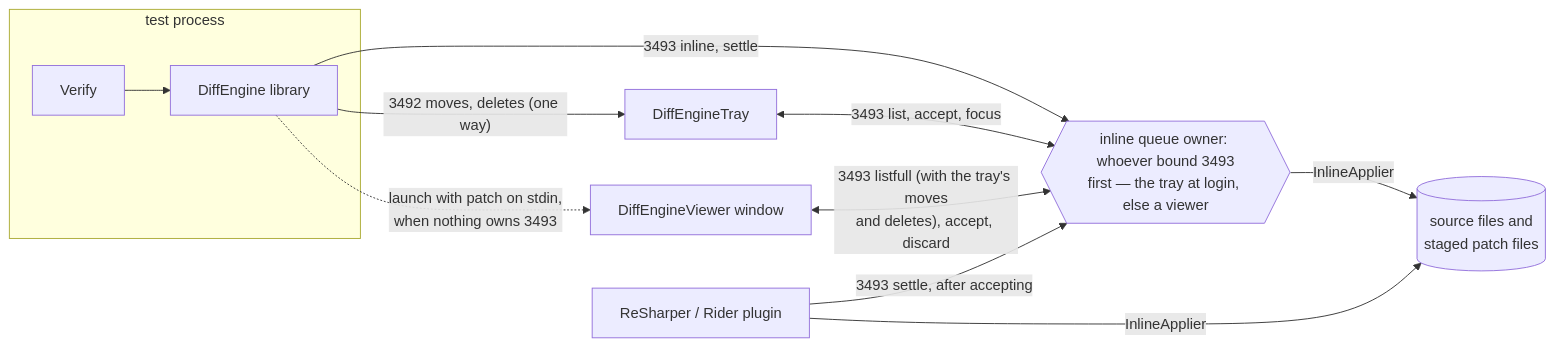
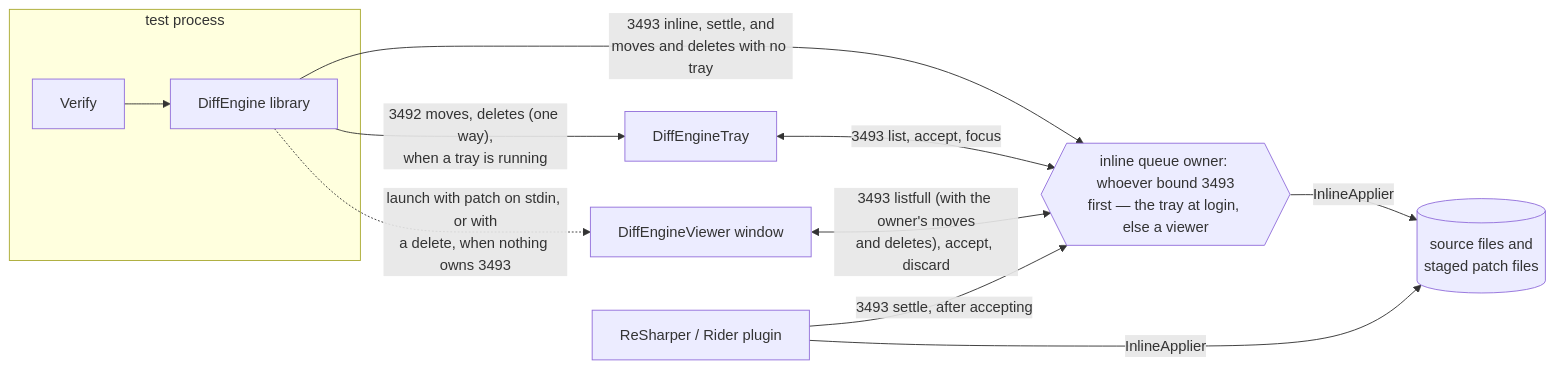
One commit to VerifyTests/DiffEngine changed the first of 2 diagrams in docs/inline.md. Above: the diagram before and after it, drawn with Mermaid. The commit also changed other lines of this file and 39 other files, not shown here.

````diff
--- a/docs/inline.md
+++ b/docs/inline.md
@@ -22,20 +22,20 @@
 ```mermaid
 flowchart LR
     subgraph Test["test process"]
         Verify["Verify"] --> Engine["DiffEngine library"]
     end
     Tray["DiffEngineTray"]
     Window["DiffEngineViewer window"]
     Plugin["ReSharper / Rider plugin"]
     Owner{{"inline queue owner: whoever bound 3493<br/>first — the tray at login, else a viewer"}}
     Files[("source files and<br/>staged patch files")]
 
-    Engine -->|"3492 moves, deletes (one way)"| Tray
-    Engine -->|"3493 inline, settle"| Owner
-    Engine -.->|"launch with patch on stdin,<br/>when nothing owns 3493"| Window
+    Engine -->|"3492 moves, deletes (one way),<br/>when a tray is running"| Tray
+    Engine -->|"3493 inline, settle, and<br/>moves and deletes with no tray"| Owner
+    Engine -.->|"launch with patch on stdin, or with<br/>a delete, when nothing owns 3493"| Window
     Tray <-->|"3493 list, accept, focus"| Owner
-    Window <-->|"3493 listfull (with the tray's moves<br/>and deletes), accept, discard"| Owner
+    Window <-->|"3493 listfull (with the owner's moves<br/>and deletes), accept, discard"| Owner
     Plugin -->|"3493 settle, after accepting"| Owner
     Owner -->|"InlineApplier"| Files
     Plugin -->|"InlineApplier"| Files
 ```
````
